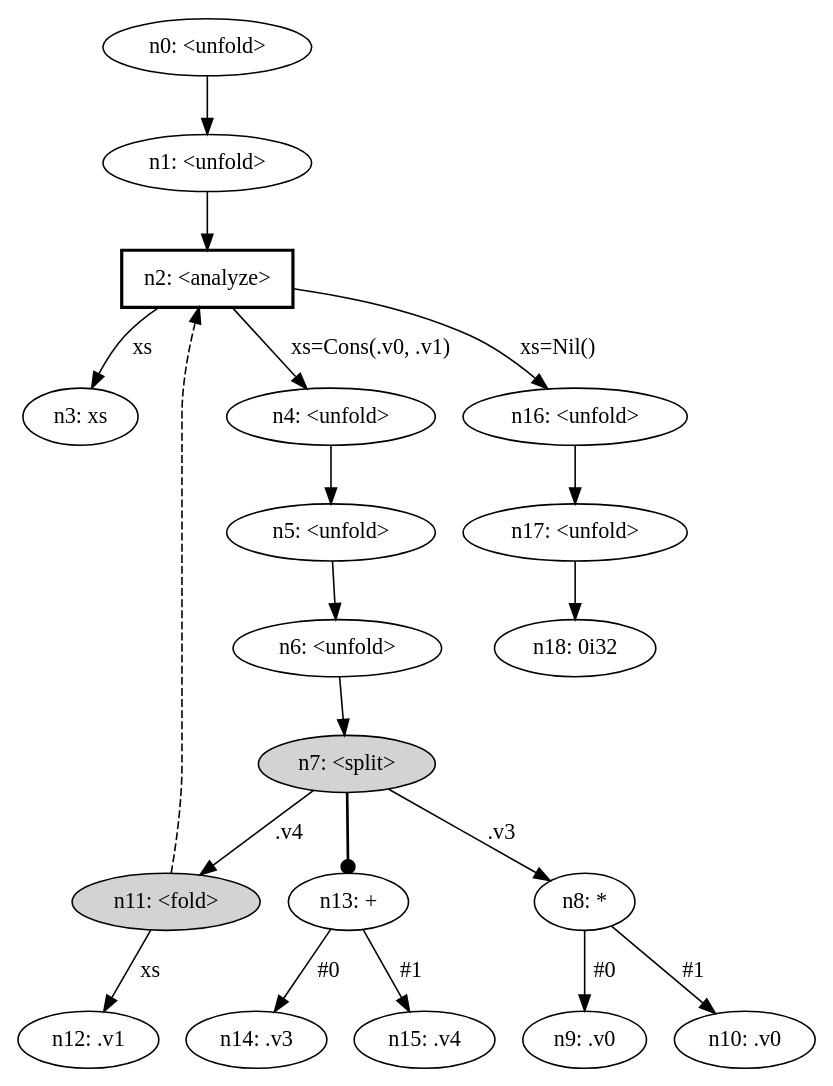
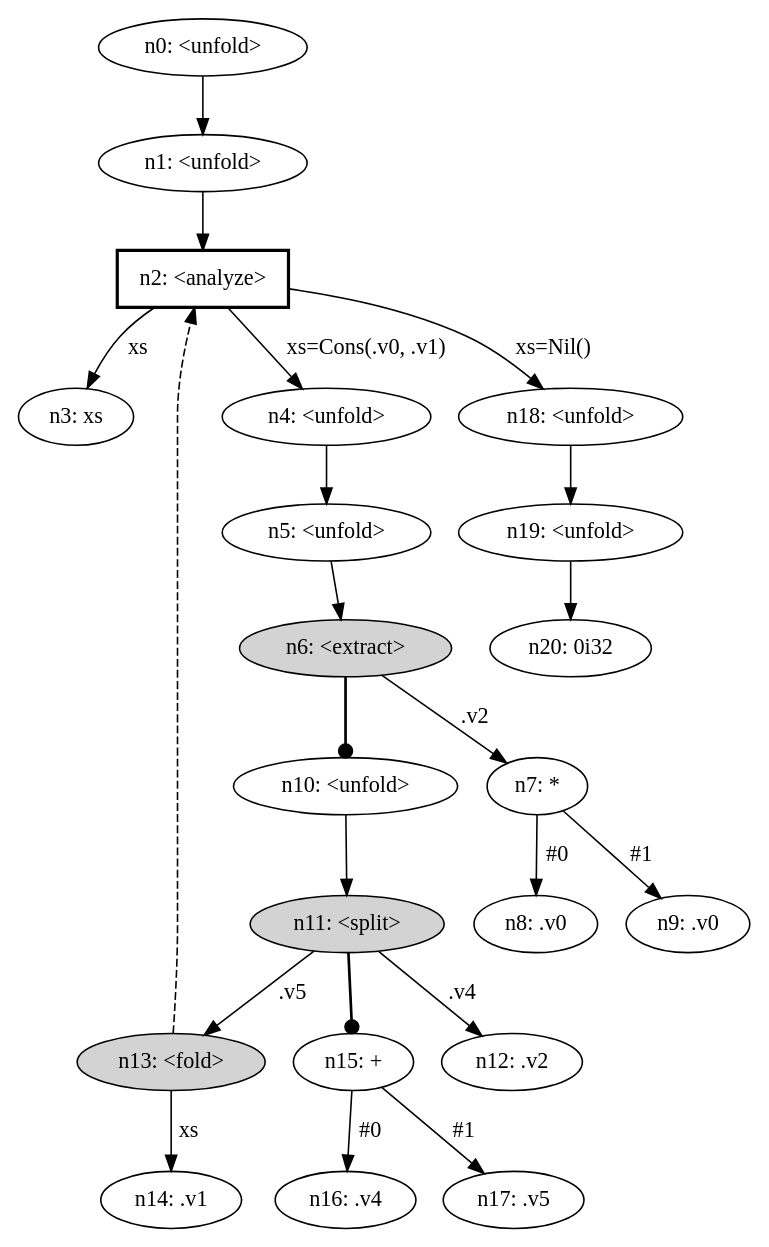
Before and after one commit to mazeppa-dev/mazeppa: the diagram in examples/sum-squares/target/graph.dot, drawn with Graphviz. The commit also changed 34 other files, not shown here.

```diff
--- a/examples/sum-squares/target/graph.dot
+++ b/examples/sum-squares/target/graph.dot
@@ -1,42 +1,46 @@
 digraph {
     node [fontname="bold helvetica"];
     edge [fontname="bold helvetica"];
     n0 [label="n0: <unfold>"];
     n1 [label="n1: <unfold>"];
     n0 -> n1;
     n2 [label="n2: <analyze>"] [shape=box style=bold];
     n1 -> n2;
     n3 [label="n3: xs"];
     n2 -> n3 [label=" xs "];
     n4 [label="n4: <unfold>"];
     n2 -> n4 [label=" xs=Cons(.v0, .v1) "];
     n5 [label="n5: <unfold>"];
     n4 -> n5;
-    n6 [label="n6: <unfold>"];
+    n6 [label="n6: <extract>"] [style=filled];
     n5 -> n6;
-    n7 [label="n7: <split>"] [style=filled];
-    n6 -> n7;
-    n8 [label="n8: *"];
-    n7 -> n8 [label=" .v3 "];
+    n7 [label="n7: *"];
+    n6 -> n7 [label=" .v2 "];
+    n8 [label="n8: .v0"];
+    n7 -> n8 [label=" #0 "];
     n9 [label="n9: .v0"];
-    n8 -> n9 [label=" #0 "];
-    n10 [label="n10: .v0"];
-    n8 -> n10 [label=" #1 "];
-    n11 [label="n11: <fold>"] [style=filled];
-    n7 -> n11 [label=" .v4 "];
-    n11 -> n2 [style=dashed];
-    n12 [label="n12: .v1"];
-    n11 -> n12 [label=" xs "];
-    n13 [label="n13: +"];
-    n7 -> n13 [penwidth=1.7 arrowhead=dot];
-    n14 [label="n14: .v3"];
-    n13 -> n14 [label=" #0 "];
-    n15 [label="n15: .v4"];
-    n13 -> n15 [label=" #1 "];
-    n16 [label="n16: <unfold>"];
-    n2 -> n16 [label=" xs=Nil() "];
-    n17 [label="n17: <unfold>"];
-    n16 -> n17;
-    n18 [label="n18: 0i32"];
-    n17 -> n18;
+    n7 -> n9 [label=" #1 "];
+    n10 [label="n10: <unfold>"];
+    n6 -> n10 [penwidth=1.7 arrowhead=dot];
+    n11 [label="n11: <split>"] [style=filled];
+    n10 -> n11;
+    n12 [label="n12: .v2"];
+    n11 -> n12 [label=" .v4 "];
+    n13 [label="n13: <fold>"] [style=filled];
+    n11 -> n13 [label=" .v5 "];
+    n13 -> n2 [style=dashed];
+    n14 [label="n14: .v1"];
+    n13 -> n14 [label=" xs "];
+    n15 [label="n15: +"];
+    n11 -> n15 [penwidth=1.7 arrowhead=dot];
+    n16 [label="n16: .v4"];
+    n15 -> n16 [label=" #0 "];
+    n17 [label="n17: .v5"];
+    n15 -> n17 [label=" #1 "];
+    n18 [label="n18: <unfold>"];
+    n2 -> n18 [label=" xs=Nil() "];
+    n19 [label="n19: <unfold>"];
+    n18 -> n19;
+    n20 [label="n20: 0i32"];
+    n19 -> n20;
 }
```
